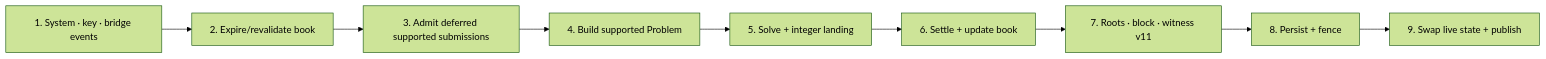
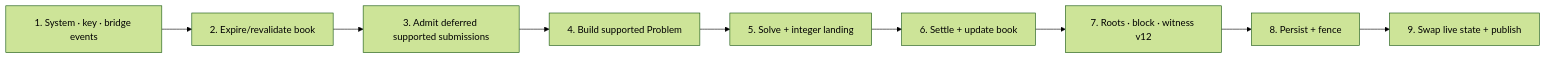
The diagram in docs/architecture/03-sequencing/Block Lifecycle.md (MetaB0y/sybil), drawn with Mermaid (forest theme) before and after one commit. The commit also changed other lines of this file and 55 other files, not shown here.

````diff
--- a/docs/architecture/03-sequencing/Block Lifecycle.md
+++ b/docs/architecture/03-sequencing/Block Lifecycle.md
@@ -28,11 +28,11 @@
 ```mermaid
 flowchart LR
     EVENTS["1. System · key · bridge events"] --> BOOK["2. Expire/revalidate book"]
     BOOK --> ADMIT["3. Admit deferred supported submissions"]
     ADMIT --> PROBLEM["4. Build supported Problem"]
     PROBLEM --> SOLVE["5. Solve + integer landing"]
     SOLVE --> SETTLE["6. Settle + update book"]
-    SETTLE --> SEAL["7. Roots · block · witness v11"]
+    SETTLE --> SEAL["7. Roots · block · witness v12"]
     SEAL --> PERSIST["8. Persist + fence"]
     PERSIST --> COMMIT["9. Swap live state + publish"]
 ```
````
